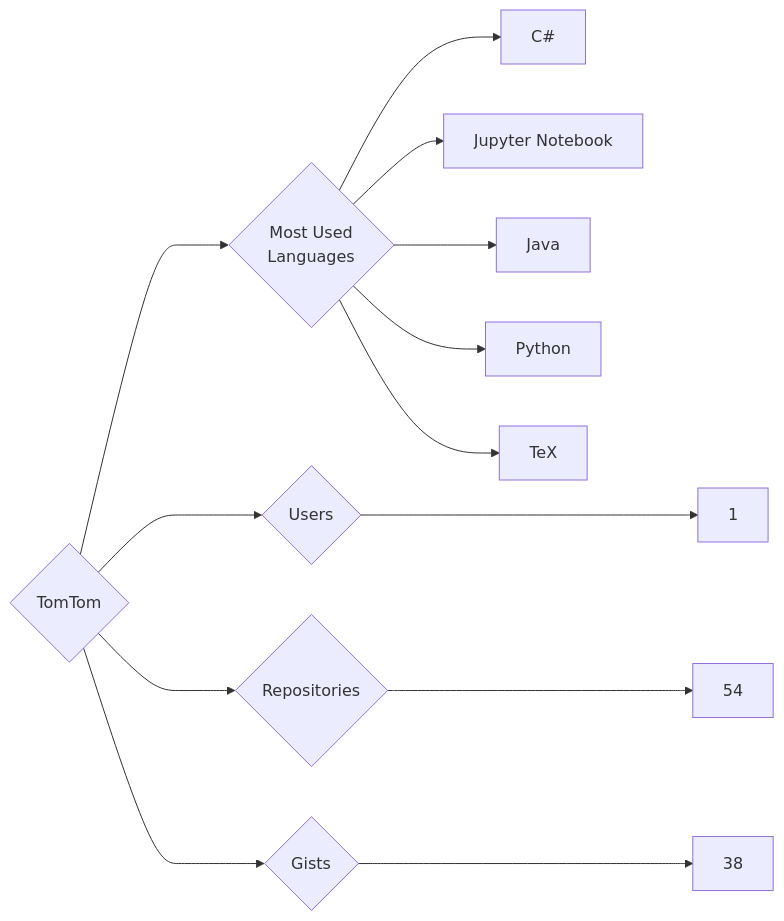
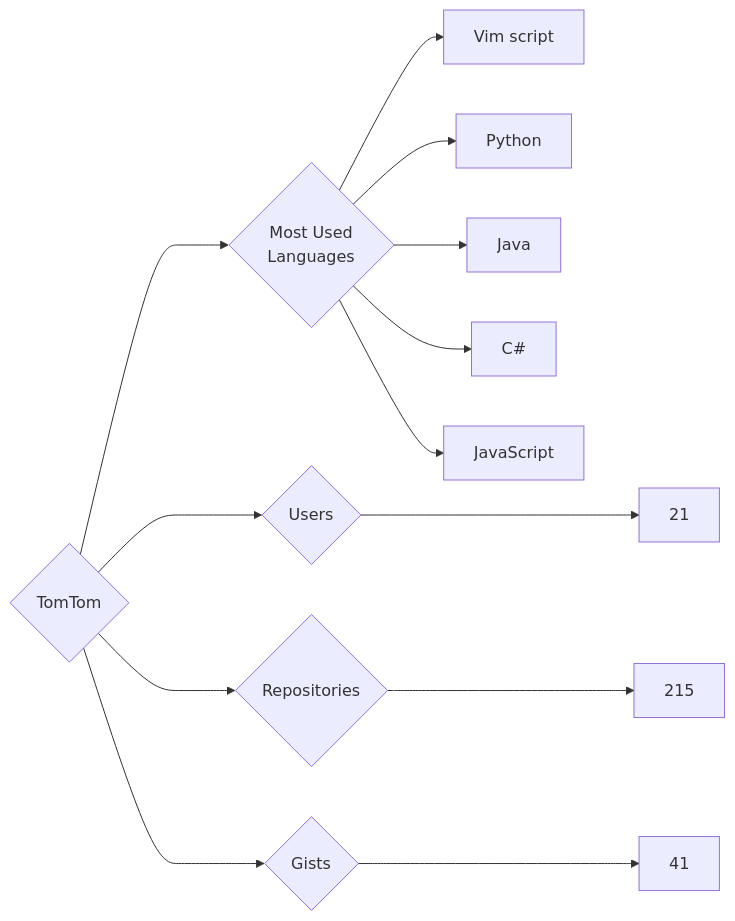
The diagram in targets/TomTom/README.md (trickest/insiders), drawn with Mermaid before and after one commit. The commit also changed 829 other files, not shown here.

````diff
--- a/targets/TomTom/README.md
+++ b/targets/TomTom/README.md
@@ -3,13 +3,13 @@
 ```mermaid
 graph LR
 COMPANY_NAME{TomTom}
-COMPANY_NAME ---> U{Users} ---> UN[1]
-COMPANY_NAME ---> R{Repositories} ---> RN[54]
-COMPANY_NAME ---> G{Gists} ---> GN[38]
+COMPANY_NAME ---> U{Users} ---> UN[21]
+COMPANY_NAME ---> R{Repositories} ---> RN[215]
+COMPANY_NAME ---> G{Gists} ---> GN[41]
 COMPANY_NAME ---> ML{Most Used<br>Languages}
+ML --> Vim_script[Vim script]
+ML --> Python[Python]
+ML --> Java[Java]
 ML --> C#[C#]
-ML --> Jupyter_Notebook[Jupyter Notebook]
-ML --> Java[Java]
-ML --> Python[Python]
-ML --> TeX[TeX]
+ML --> JavaScript[JavaScript]
 ```
````
